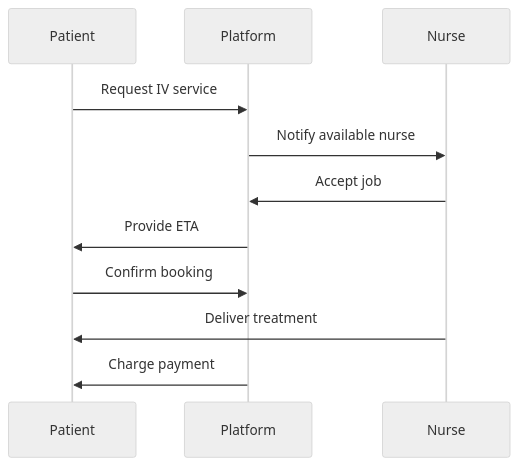
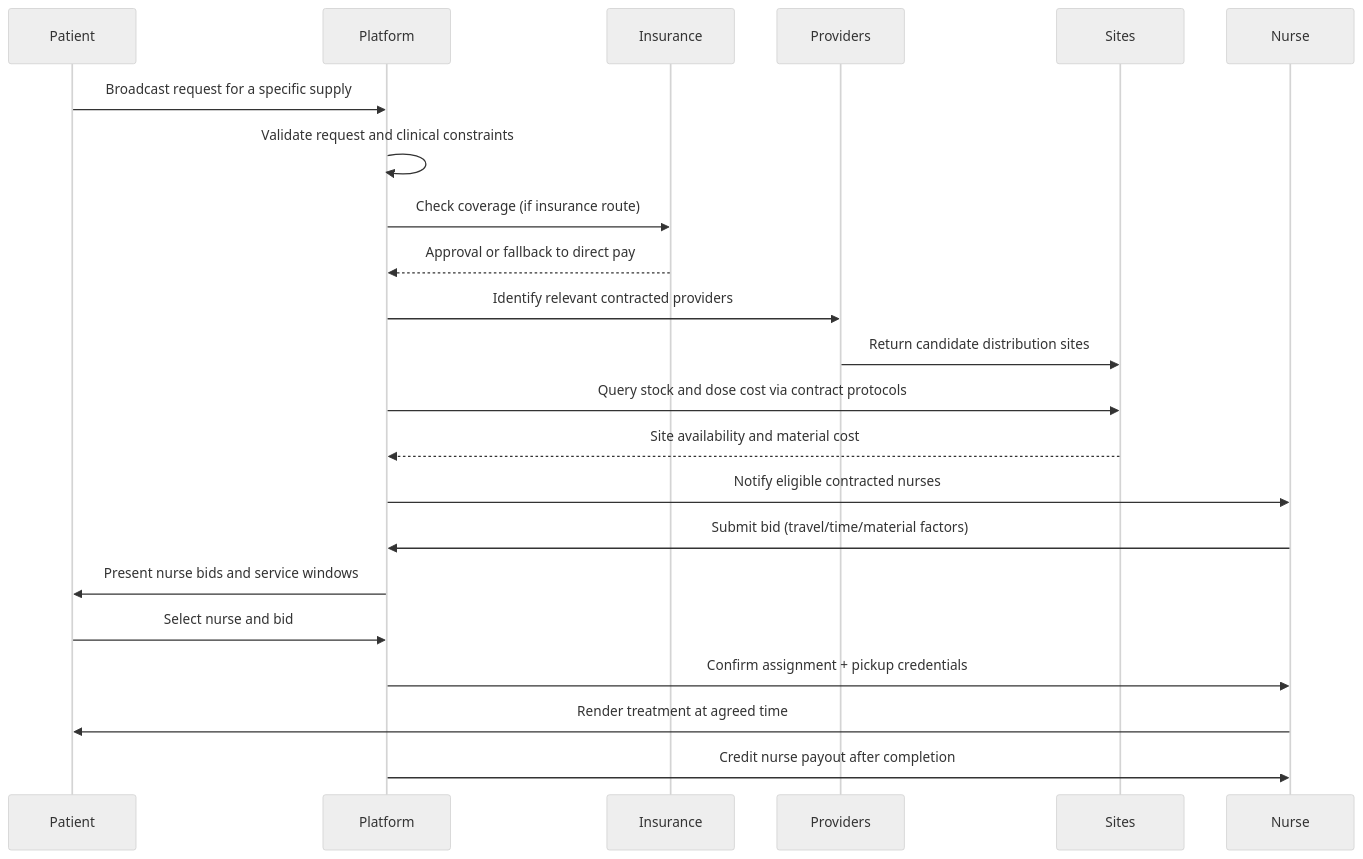
The second of 6 diagrams in documents/models/system-architecture.md (urishani/superbill-processor), drawn with Mermaid (neutral theme) before and after one commit. The commit also changed other lines of this file, not shown here.

````diff
--- a/documents/models/system-architecture.md
+++ b/documents/models/system-architecture.md
@@ -61,14 +84,25 @@
 ```mermaid
 sequenceDiagram
     participant Patient
     participant Platform
+    participant Insurance
+    participant Providers
+    participant Sites
     participant Nurse
 
-    Patient->>Platform: Request IV service
-    Platform->>Nurse: Notify available nurse
-    Nurse->>Platform: Accept job
-    Platform->>Patient: Provide ETA
-    Patient->>Platform: Confirm booking
-    Nurse->>Patient: Deliver treatment
-    Platform->>Patient: Charge payment
+    Patient->>Platform: Broadcast request for a specific supply
+    Platform->>Platform: Validate request and clinical constraints
+    Platform->>Insurance: Check coverage (if insurance route)
+    Insurance-->>Platform: Approval or fallback to direct pay
+    Platform->>Providers: Identify relevant contracted providers
+    Providers->>Sites: Return candidate distribution sites
+    Platform->>Sites: Query stock and dose cost via contract protocols
+    Sites-->>Platform: Site availability and material cost
+    Platform->>Nurse: Notify eligible contracted nurses
+    Nurse->>Platform: Submit bid (travel/time/material factors)
+    Platform->>Patient: Present nurse bids and service windows
+    Patient->>Platform: Select nurse and bid
+    Platform->>Nurse: Confirm assignment + pickup credentials
+    Nurse->>Patient: Render treatment at agreed time
+    Platform->>Nurse: Credit nurse payout after completion
 ```
````
